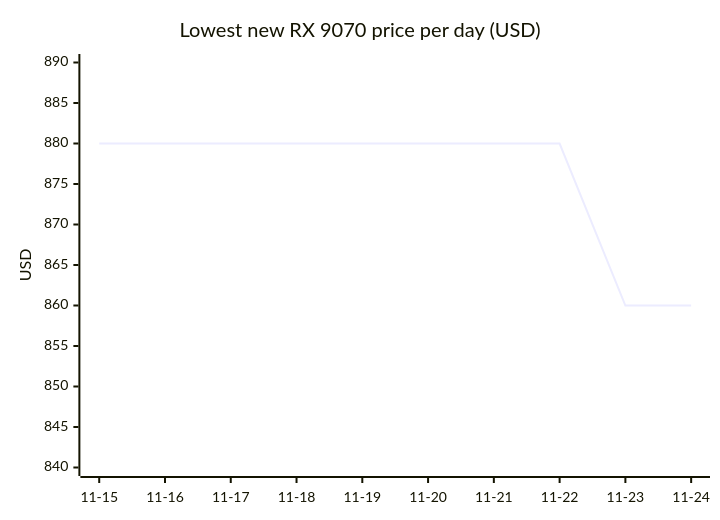
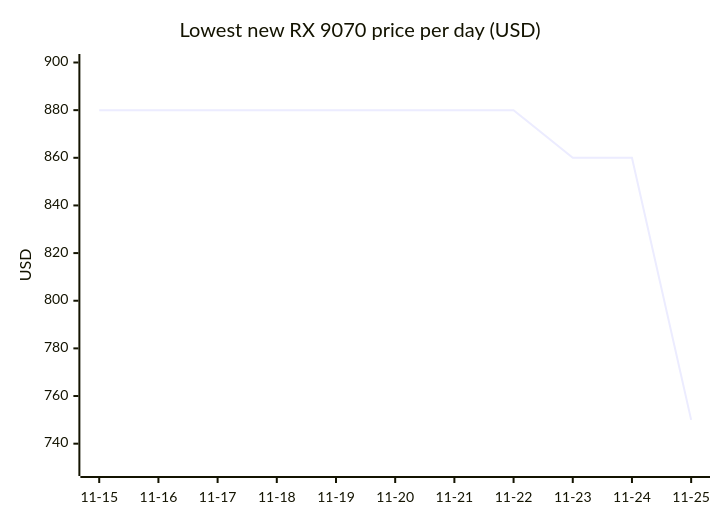
Diagram 12 of 18 in README.md (7324136828/4tb_ssd_price_watch), drawn with Mermaid before and after one commit. The commit also changed other lines of this file, not shown here.

````diff
--- a/README.md
+++ b/README.md
@@ -1227,7 +1265,7 @@
 ```mermaid
 xychart-beta
     title "Lowest new RX 9070 price per day (USD)"
-    x-axis ["11-15", "11-16", "11-17", "11-18", "11-19", "11-20", "11-21", "11-22", "11-23", "11-24"]
-    y-axis "USD" 840 --> 890
-    line [879.99, 879.99, 879.99, 879.99, 879.99, 879.99, 879.99, 879.99, 859.99, 859.99]
+    x-axis ["11-15", "11-16", "11-17", "11-18", "11-19", "11-20", "11-21", "11-22", "11-23", "11-24", "11-25"]
+    y-axis "USD" 730 --> 900
+    line [879.99, 879.99, 879.99, 879.99, 879.99, 879.99, 879.99, 879.99, 859.99, 859.99, 749.99]
 ```
````
